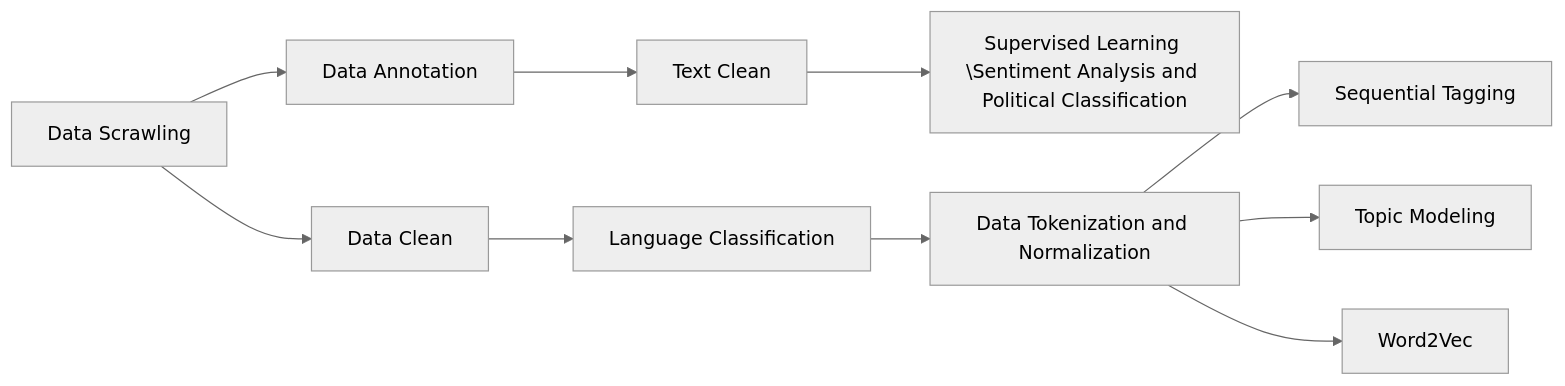
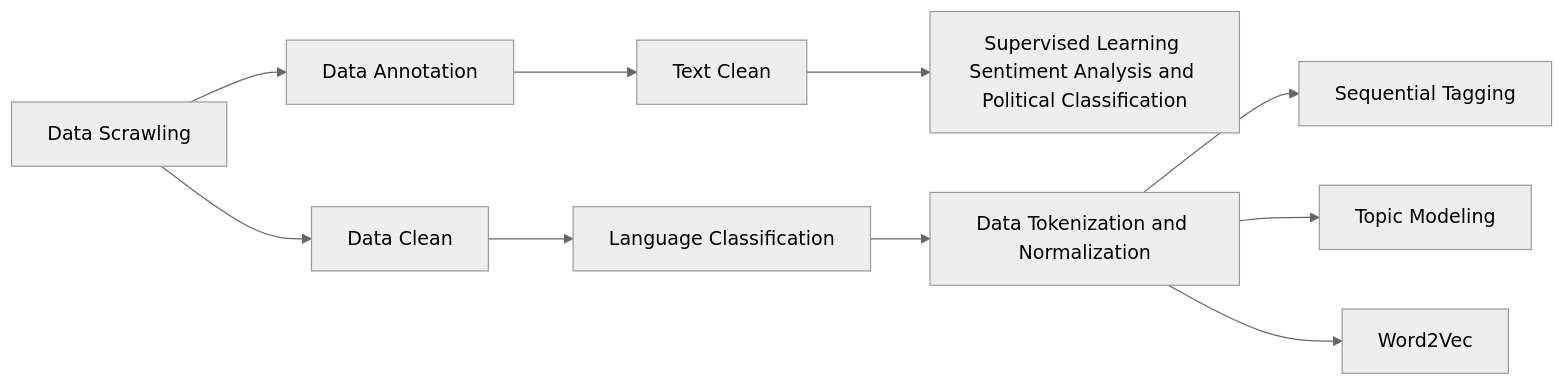
The diagram in README.md (ronineume/X-NLP-Project), drawn with Mermaid (neutral theme) before and after one commit.

````diff
--- a/README.md
+++ b/README.md
@@ -7,7 +7,7 @@
 ```mermaid
  graph LR
-A[Data Scrawling]--> B[Data Annotation] --> C[Text Clean] --> D[Supervised Learning \Sentiment Analysis and Political Classification]
+A[Data Scrawling]--> B[Data Annotation] --> C[Text Clean] --> D[Supervised Learning Sentiment Analysis and Political Classification]
 A[Data Scrawling]--> E[Data Clean]-->F[Language Classification]-->G[Data Tokenization and Normalization]-->H[Sequential Tagging]
 G[Data Tokenization and Normalization]-->I[Topic Modeling]
 G[Data Tokenization and Normalization]-->J[Word2Vec]
 ```
````
